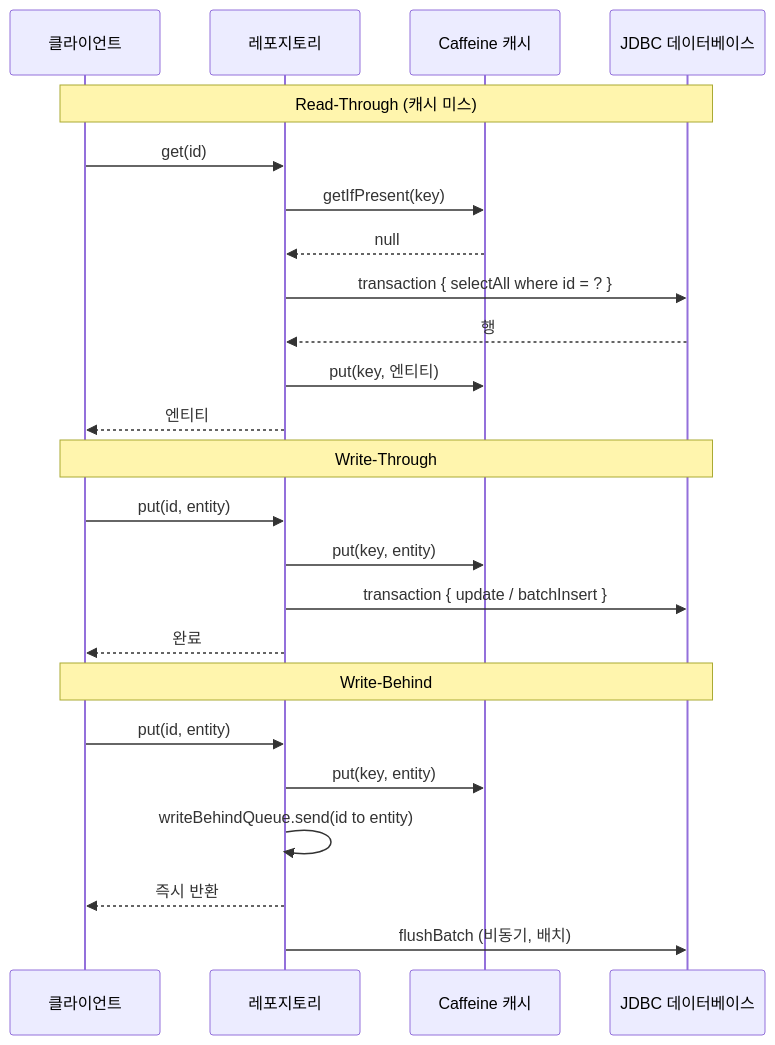
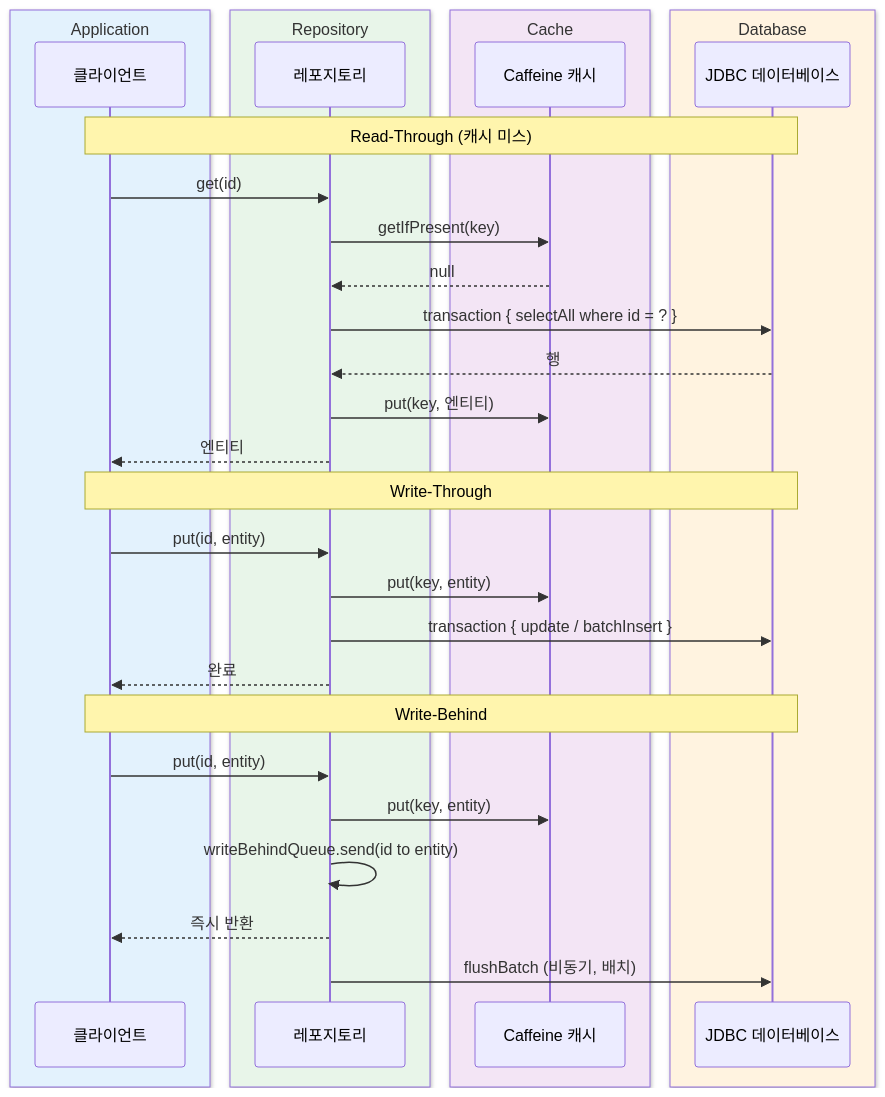
The second of 2 diagrams in data/exposed-jdbc-caffeine/README.ko.md (bluetape4k/bluetape4k-projects), drawn with Mermaid before and after one commit. The commit also changed other lines of this file and 221 other files, not shown here.

First line of the commit message:
docs: 전체 모듈 README UML 다이어그램 보강 및 색상 업그레이드

````diff
--- a/data/exposed-jdbc-caffeine/README.ko.md
+++ b/data/exposed-jdbc-caffeine/README.ko.md
@@ -84,29 +91,37 @@
 ```mermaid
 sequenceDiagram
-    participant Client as 클라이언트
-    participant Repo as 레포지토리
-    participant Caffeine as Caffeine 캐시
-    participant DB as JDBC 데이터베이스
+    box rgb(227, 242, 253) Application
+        participant Client as 클라이언트
+    end
+    box rgb(232, 245, 233) Repository
+        participant Repo as 레포지토리
+    end
+    box rgb(243, 229, 245) Cache
+        participant Caffeine as Caffeine 캐시
+    end
+    box rgb(255, 243, 224) Database
+        participant DB as JDBC 데이터베이스
+    end
 
     Note over Client,DB: Read-Through (캐시 미스)
     Client->>Repo: get(id)
     Repo->>Caffeine: getIfPresent(key)
     Caffeine-->>Repo: null
     Repo->>DB: transaction { selectAll where id = ? }
     DB-->>Repo: 행
     Repo->>Caffeine: put(key, 엔티티)
     Repo-->>Client: 엔티티
 
     Note over Client,DB: Write-Through
     Client->>Repo: put(id, entity)
     Repo->>Caffeine: put(key, entity)
     Repo->>DB: transaction { update / batchInsert }
     Repo-->>Client: 완료
 
     Note over Client,DB: Write-Behind
     Client->>Repo: put(id, entity)
     Repo->>Caffeine: put(key, entity)
     Repo->>Repo: writeBehindQueue.send(id to entity)
     Repo-->>Client: 즉시 반환
     Repo->>DB: flushBatch (비동기, 배치)
 ```
````
